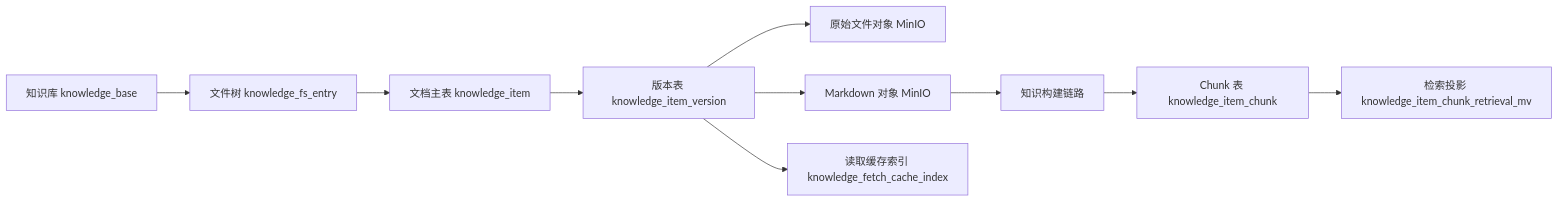
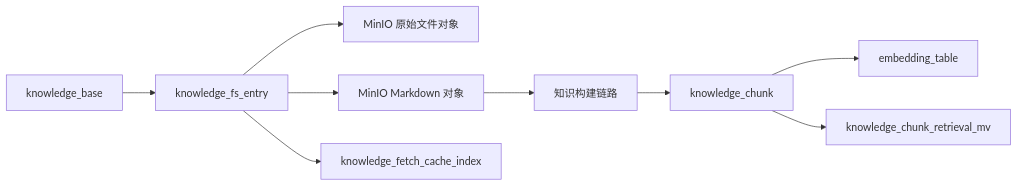
Before and after one commit to beyonai/ByKC: the first of 2 diagrams in docs/modules/knowledge/design.md, drawn with Mermaid. The commit also changed other lines of this file and 38 other files, not shown here.

````diff
--- a/docs/modules/knowledge/design.md
+++ b/docs/modules/knowledge/design.md
@@ -37,12 +48,11 @@
 ```mermaid
 flowchart LR
-    A["知识库 knowledge_base"] --> B["文件树 knowledge_fs_entry"]
-    B --> C["文档主表 knowledge_item"]
-    C --> D["版本表 knowledge_item_version"]
-    D --> E["原始文件对象 MinIO"]
-    D --> F["Markdown 对象 MinIO"]
-    F --> G["知识构建链路"]
-    G --> H["Chunk 表 knowledge_item_chunk"]
-    H --> I["检索投影 knowledge_item_chunk_retrieval_mv"]
-    D --> J["读取缓存索引 knowledge_fetch_cache_index"]
+    A["knowledge_base"] --> B["knowledge_fs_entry"]
+    B --> C["MinIO 原始文件对象"]
+    B --> D["MinIO Markdown 对象"]
+    D --> E["知识构建链路"]
+    E --> F["knowledge_chunk"]
+    F --> G["embedding_table"]
+    F --> H["knowledge_chunk_retrieval_mv"]
+    B --> I["knowledge_fetch_cache_index"]
 ```
````
